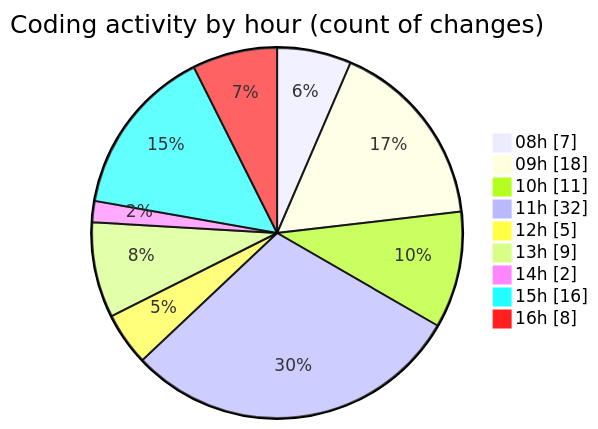
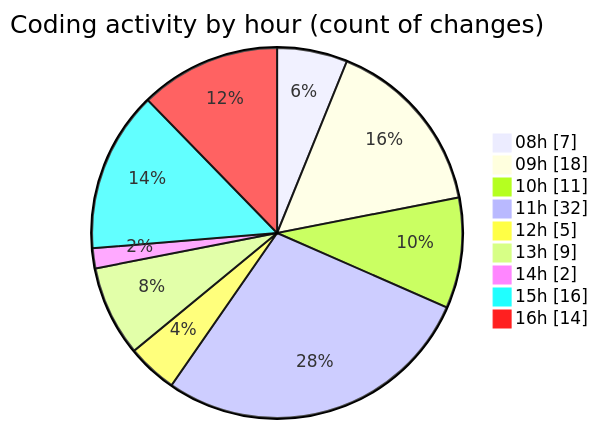
Before and after one commit to momahboobian/code-tracking: the second of 2 diagrams in 2025-11-11/cda/README.md, drawn with Mermaid. The commit also changed other lines of this file and 1 other file, not shown here.

````diff
--- a/2025-11-11/cda/README.md
+++ b/2025-11-11/cda/README.md
@@ -47,13 +49,13 @@
 ```mermaid
 pie showData
 title Coding activity by hour (count of changes)
 "08h" : 7
 "09h" : 18
 "10h" : 11
 "11h" : 32
 "12h" : 5
 "13h" : 9
 "14h" : 2
 "15h" : 16
-"16h" : 8
+"16h" : 14
 ```
````
